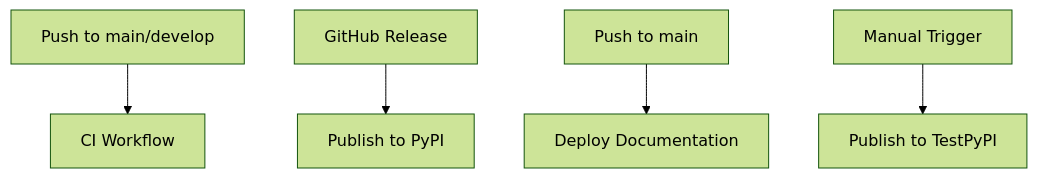
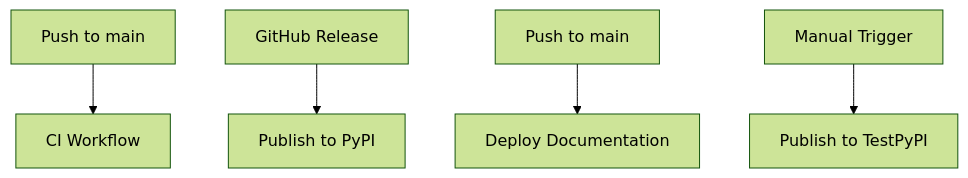
The diagram in .github/workflows/README.md (kvncampos/nautobot-ai-ops), drawn with Mermaid (forest theme) before and after one commit. The commit also changed other lines of this file and 10 other files, not shown here.

````diff
--- a/.github/workflows/README.md
+++ b/.github/workflows/README.md
@@ -55,7 +55,7 @@
 ```mermaid
 graph TD
-    A[Push to main/develop] --> B[CI Workflow]
+    A[Push to main] --> B[CI Workflow]
     C[GitHub Release] --> D[Publish to PyPI]
     E[Push to main] --> F[Deploy Documentation]
     G[Manual Trigger] --> H[Publish to TestPyPI]
 ```
````
